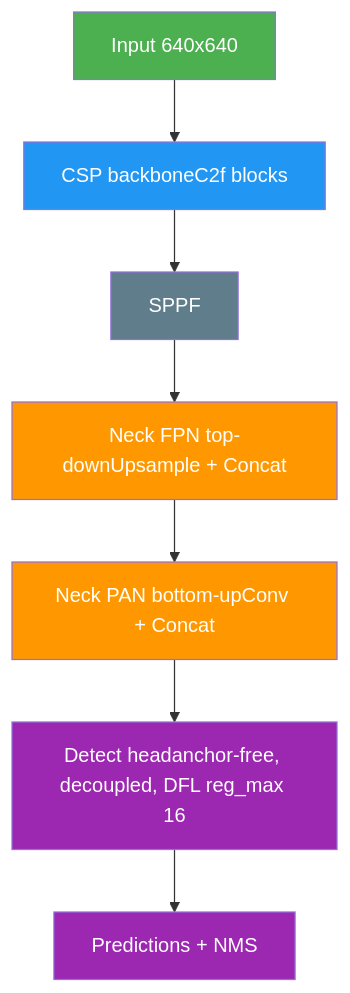
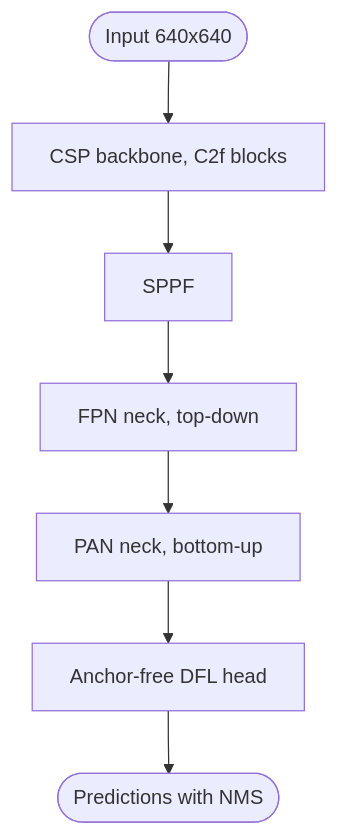
One commit to wenerme/ai changed the third of 5 diagrams in skills/ultralytics-docs/references/guides/yolo-architecture.md. Above: the diagram before and after it, drawn with Mermaid. The commit also changed other lines of this file and 476 other files, not shown here.

````diff
--- a/skills/ultralytics-docs/references/guides/yolo-architecture.md
+++ b/skills/ultralytics-docs/references/guides/yolo-architecture.md
@@ -64,14 +54,9 @@
     ```mermaid
     flowchart TD
-        IN[Input 640x640]:::start --> BB[CSP backboneC2f blocks]:::proc
-        BB --> SP[SPPF]:::extern
-        SP --> FPN[Neck FPN top-downUpsample + Concat]:::decide
-        FPN --> PAN[Neck PAN bottom-upConv + Concat]:::decide
-        PAN --> HD[Detect headanchor-free, decoupled, DFL reg_max 16]:::out
-        HD --> O[Predictions + NMS]:::out
-        classDef start fill:#4CAF50,color:#fff
-        classDef proc fill:#2196F3,color:#fff
-        classDef decide fill:#FF9800,color:#fff
-        classDef out fill:#9C27B0,color:#fff
-        classDef extern fill:#607D8B,color:#fff
+        IN([Input 640x640]) --> BB["CSP backbone, C2f blocks"]
+        BB --> SP[SPPF]
+        SP --> FPN["FPN neck, top-down"]
+        FPN --> PAN["PAN neck, bottom-up"]
+        PAN --> HD[Anchor-free DFL head]
+        HD --> O([Predictions with NMS])
     ```
````
